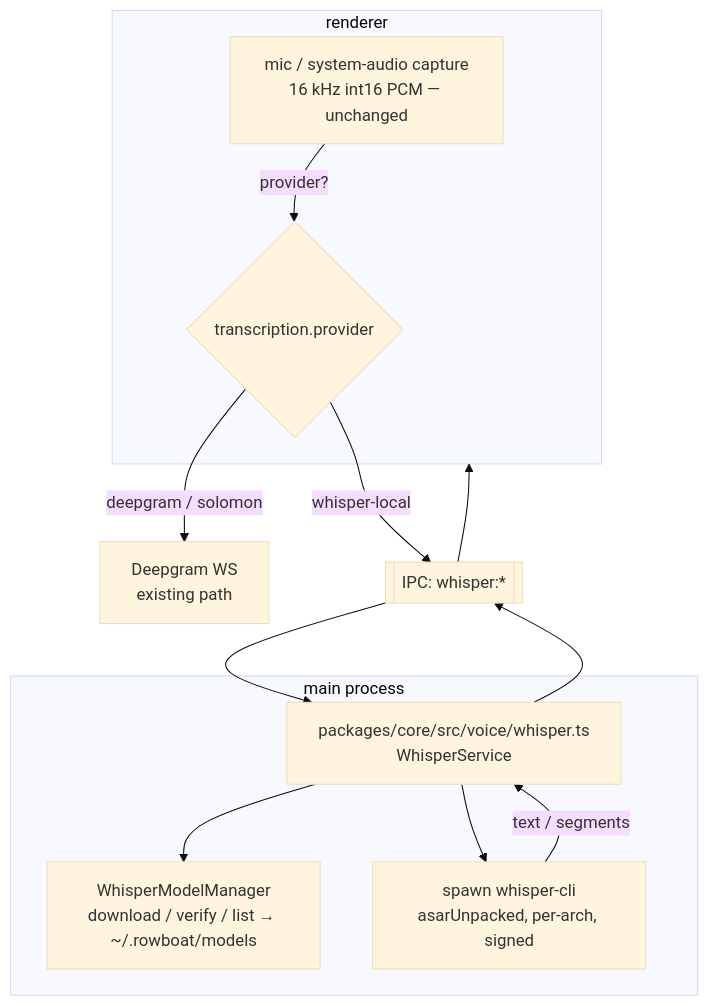
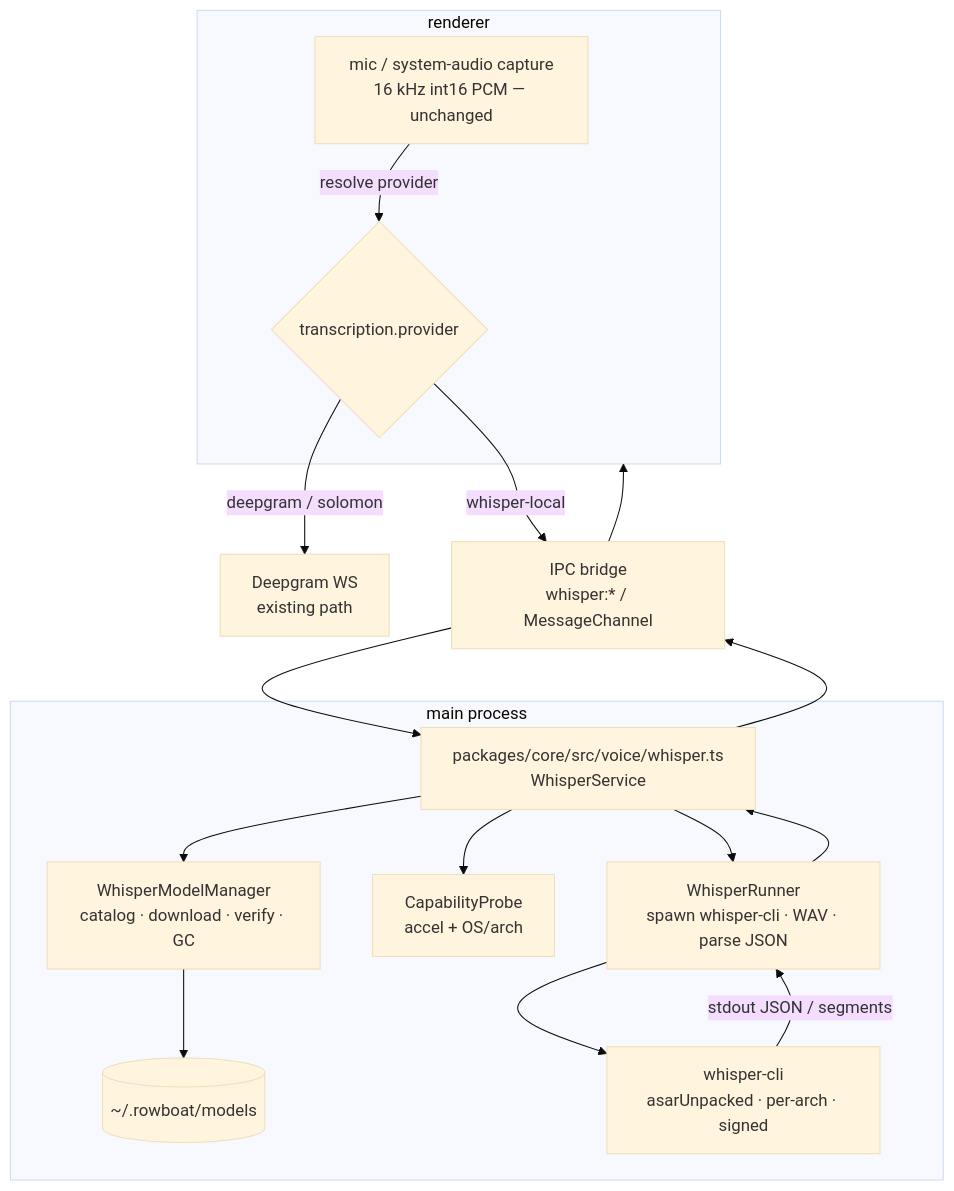
Before and after one commit to Oppulence-Engineering/Desktop-Assistant: the first of 5 diagrams in apps/rfc/009-local-on-device-transcription.md, drawn with Mermaid (base theme). The commit also changed other lines of this file, not shown here.

````diff
--- a/apps/rfc/009-local-on-device-transcription.md
+++ b/apps/rfc/009-local-on-device-transcription.md
@@ -72,15 +180,18 @@
 ```mermaid
 flowchart TD
     subgraph R[renderer]
       MIC[mic / system-audio capture<br/>16 kHz int16 PCM — unchanged]
-      MIC -->|provider?| SW{transcription.provider}
+      MIC -->|resolve provider| SW{transcription.provider}
     end
     SW -->|deepgram / solomon| DG[Deepgram WS<br/>existing path]
-    SW -->|whisper-local| IPC[[IPC: whisper:*]]
-    IPC --> WS[packages/core/src/voice/whisper.ts<br/>WhisperService]
+    SW -->|whisper-local| BR[IPC bridge<br/>whisper:* / MessageChannel]
+    BR --> SVC[packages/core/src/voice/whisper.ts<br/>WhisperService]
     subgraph M[main process]
-      WS --> MM[WhisperModelManager<br/>download / verify / list → ~/.rowboat/models]
-      WS --> SP[spawn whisper-cli<br/>asarUnpacked, per-arch, signed]
+      SVC --> MM[WhisperModelManager<br/>catalog · download · verify · GC]
+      SVC --> CAP[CapabilityProbe<br/>accel + OS/arch]
+      SVC --> RUN[WhisperRunner<br/>spawn whisper-cli · WAV · parse JSON]
+      MM --> FS[(~/.rowboat/models)]
+      RUN --> BIN[whisper-cli<br/>asarUnpacked · per-arch · signed]
     end
-    SP -->|text / segments| WS --> IPC --> R
+    BIN -->|stdout JSON / segments| RUN --> SVC --> BR --> R
 ```
````
